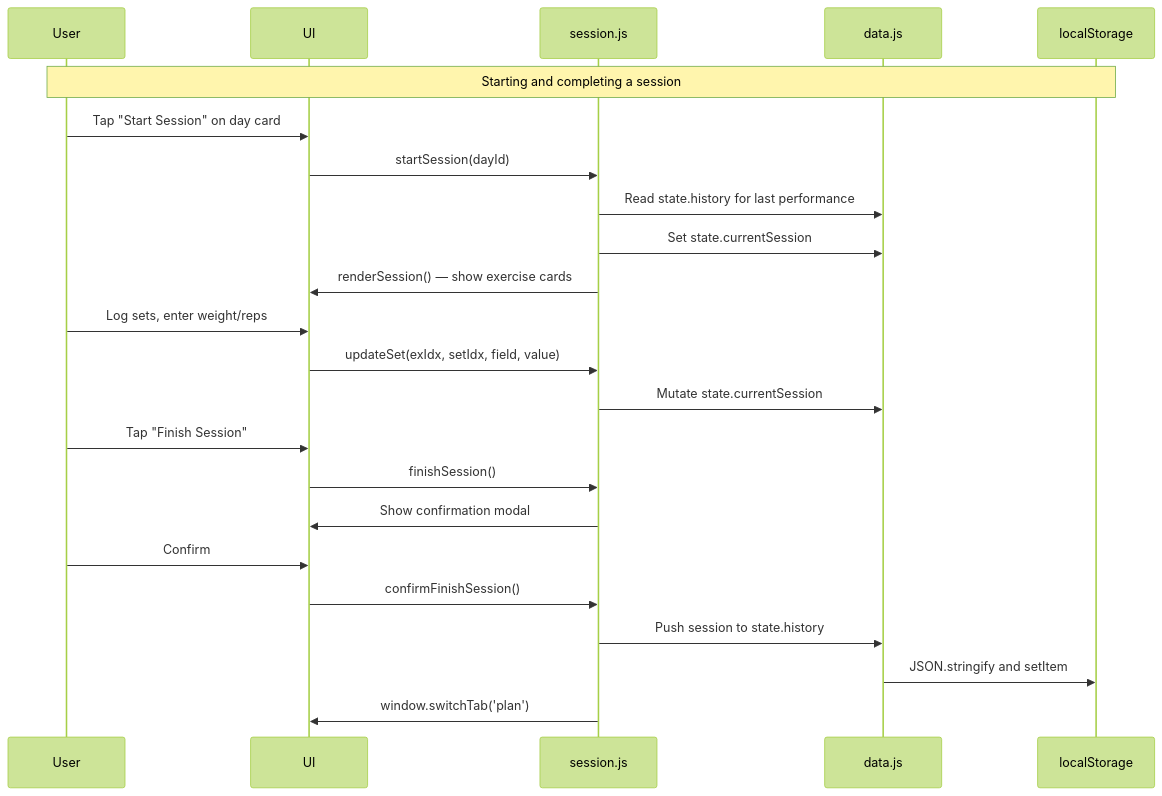
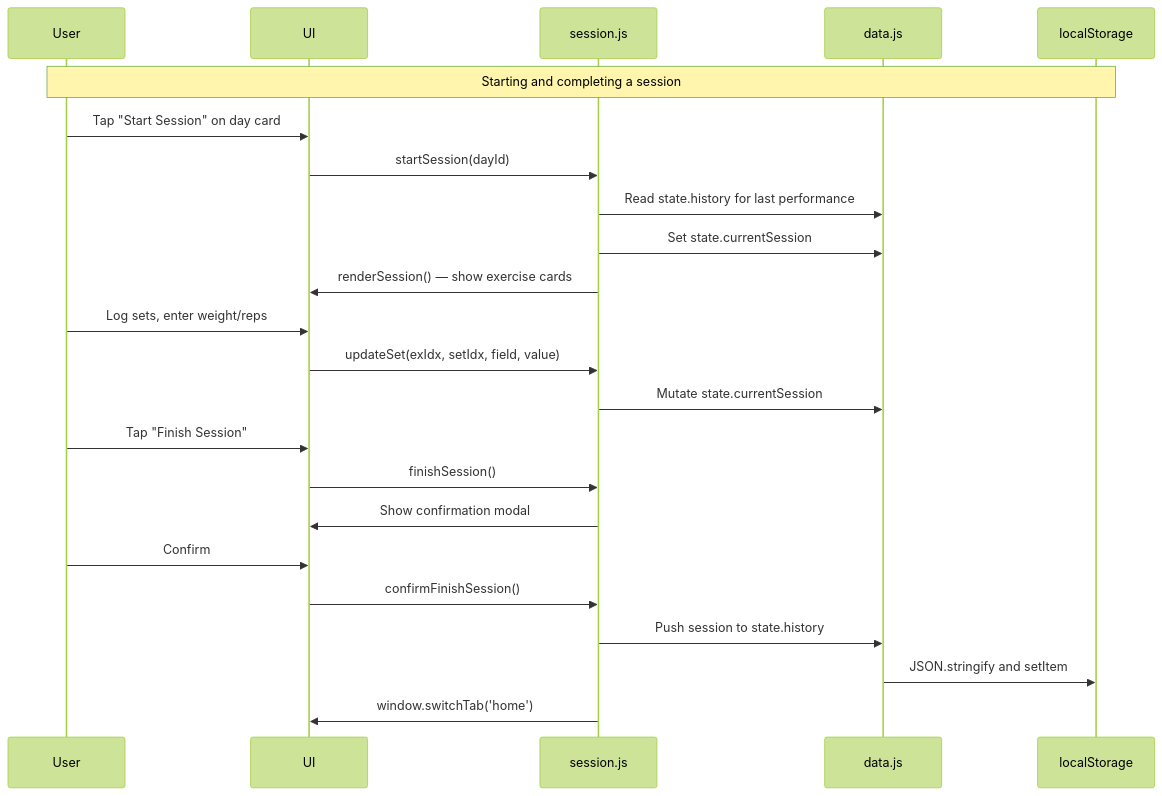
Before and after one commit to reidrussell-alt/lifting-tracker-Application: the third of 8 diagrams in ARCHITECTURE.md, drawn with Mermaid (forest theme). The commit also changed other lines of this file and 6 other files, not shown here.

````diff
--- a/ARCHITECTURE.md
+++ b/ARCHITECTURE.md
@@ -161,30 +197,30 @@
 ```mermaid
 sequenceDiagram
     participant User
     participant UI
     participant session.js
     participant data.js
     participant localStorage
 
     Note over User,localStorage: Starting and completing a session
 
     User->>UI: Tap "Start Session" on day card
     UI->>session.js: startSession(dayId)
     session.js->>data.js: Read state.history for last performance
     session.js->>data.js: Set state.currentSession
     session.js->>UI: renderSession() — show exercise cards
 
     User->>UI: Log sets, enter weight/reps
     UI->>session.js: updateSet(exIdx, setIdx, field, value)
     session.js->>data.js: Mutate state.currentSession
 
     User->>UI: Tap "Finish Session"
     UI->>session.js: finishSession()
     session.js->>UI: Show confirmation modal
 
     User->>UI: Confirm
     UI->>session.js: confirmFinishSession()
     session.js->>data.js: Push session to state.history
     data.js->>localStorage: JSON.stringify and setItem
-    session.js->>UI: window.switchTab('plan')
+    session.js->>UI: window.switchTab('home')
 ```
````
